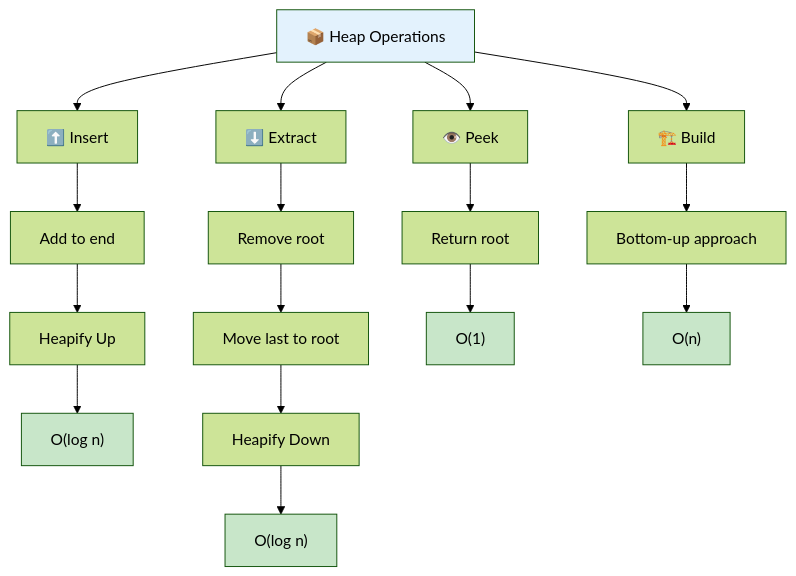
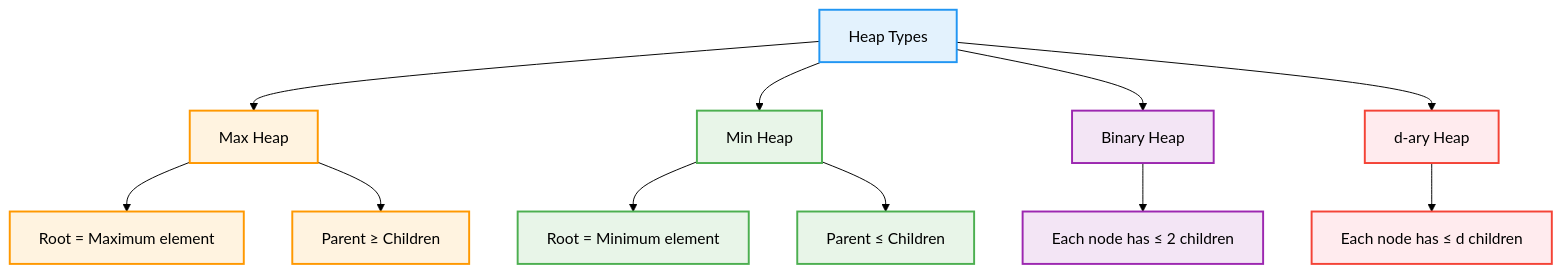
Before and after one commit to AbhishekGiri04/CodeVault: the second of 5 diagrams in concepts/heap.md, drawn with Mermaid (forest theme). The commit also changed other lines of this file, not shown here.

Commit message:
Add comprehensive heap.md with professional design and light colors

````diff
--- a/concepts/heap.md
+++ b/concepts/heap.md
@@ -39,28 +71,28 @@
 ```mermaid
 flowchart TD
-    A["📦 Heap Operations"] --> B["⬆️ Insert"]
-    A --> C["⬇️ Extract"]
-    A --> D["👁️ Peek"]
-    A --> E["🏗️ Build"]
+    A["Heap Types"] --> B["Max Heap"]
+    A --> C["Min Heap"]
+    A --> D["Binary Heap"]
+    A --> E["d-ary Heap"]
     
-    B --> F["Add to end"]
-    F --> G["Heapify Up"]
-    G --> H["O(log n)"]
+    B --> F["Root = Maximum element"]
+    B --> G["Parent ≥ Children"]
     
-    C --> I["Remove root"]
-    I --> J["Move last to root"]
-    J --> K["Heapify Down"]
-    K --> L["O(log n)"]
+    C --> H["Root = Minimum element"]
+    C --> I["Parent ≤ Children"]
     
-    D --> M["Return root"]
-    M --> N["O(1)"]
+    D --> J["Each node has ≤ 2 children"]
+    E --> K["Each node has ≤ d children"]
     
-    E --> O["Bottom-up approach"]
-    O --> P["O(n)"]
-    
-    style A fill:#e3f2fd
-    style H fill:#c8e6c9
-    style L fill:#c8e6c9
-    style N fill:#c8e6c9
-    style P fill:#c8e6c9
+    classDef default fill:#f9f9f9,stroke:#333,stroke-width:2px,color:#000
+    classDef types fill:#e3f2fd,stroke:#2196f3,stroke-width:2px,color:#000
+    classDef max fill:#fff3e0,stroke:#ff9800,stroke-width:2px,color:#000
+    classDef min fill:#e8f5e8,stroke:#4caf50,stroke-width:2px,color:#000
+    classDef binary fill:#f3e5f5,stroke:#9c27b0,stroke-width:2px,color:#000
+    classDef dary fill:#ffebee,stroke:#f44336,stroke-width:2px,color:#000
+    class A types
+    class B,F,G max
+    class C,H,I min
+    class D,J binary
+    class E,K dary
 ```
````
